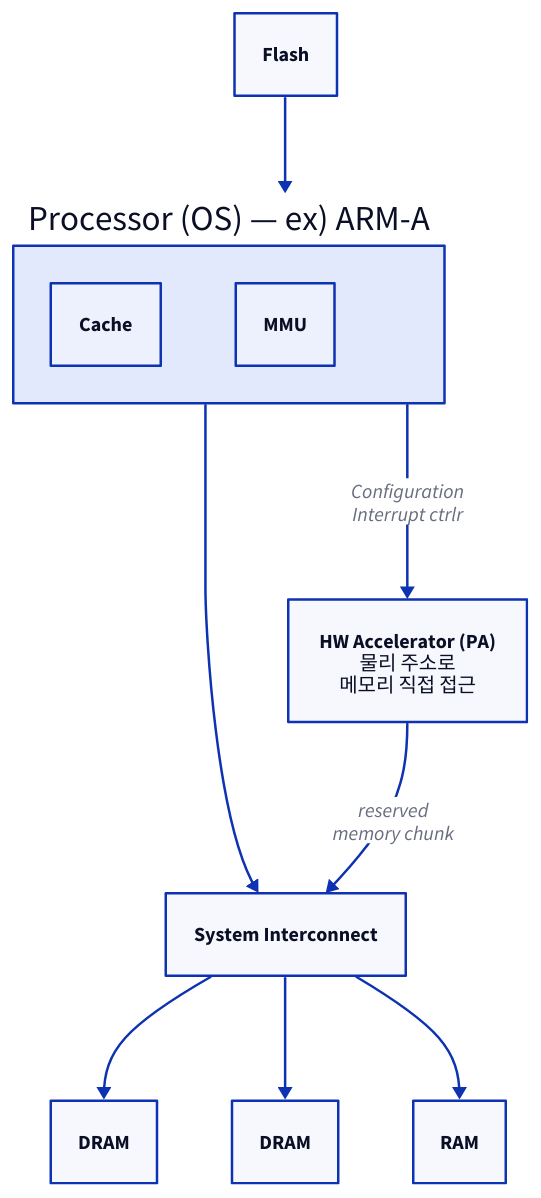
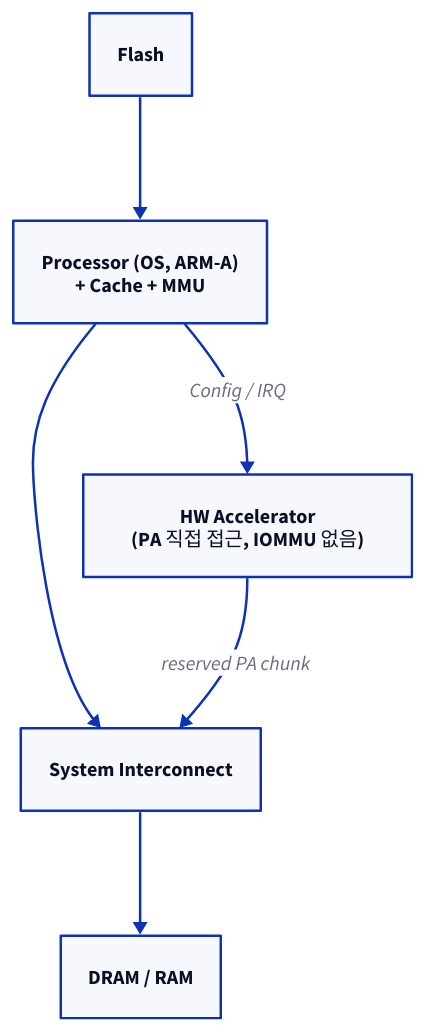
The ninth of 17 diagrams in topics/virtualization/docs/01a_system_architecture_evolution.md (humbleowl39/DV_SKOOL), drawn with D2 before and after one commit. The commit also changed other lines of this file and 90 other files, not shown here.

First line of the commit message:
docs: 전 토픽 다이어그램 정비 — ASCII→D2, mermaid→D2, 과대 D2 가시성 수정

````diff
--- a/topics/virtualization/docs/01a_system_architecture_evolution.md
+++ b/topics/virtualization/docs/01a_system_architecture_evolution.md
@@ -354,21 +345,14 @@
 ```d2
 direction: down
 
 FLASH: "Flash"
-PROC: "Processor (OS) — ex) ARM-A" {
-  CACHE: "Cache"
-  MMU: "MMU"
-}
-ACC: "HW Accelerator (PA)\n물리 주소로\n메모리 직접 접근"
+PROC: "Processor (OS, ARM-A)\n+ Cache + MMU"
+ACC: "HW Accelerator\n(PA 직접 접근, IOMMU 없음)"
 SI: "System Interconnect"
-DRAM1: "DRAM"
-DRAM2: "DRAM"
-RAM: "RAM"
+MEM: "DRAM / RAM"
 FLASH -> PROC
-PROC -> ACC: "Configuration\nInterrupt ctrlr"
+PROC -> ACC: "Config / IRQ"
 PROC -> SI
-ACC -> SI: "reserved\nmemory chunk"
-SI -> DRAM1
-SI -> DRAM2
-SI -> RAM
+ACC -> SI: "reserved PA chunk"
+SI -> MEM
 ```
````
